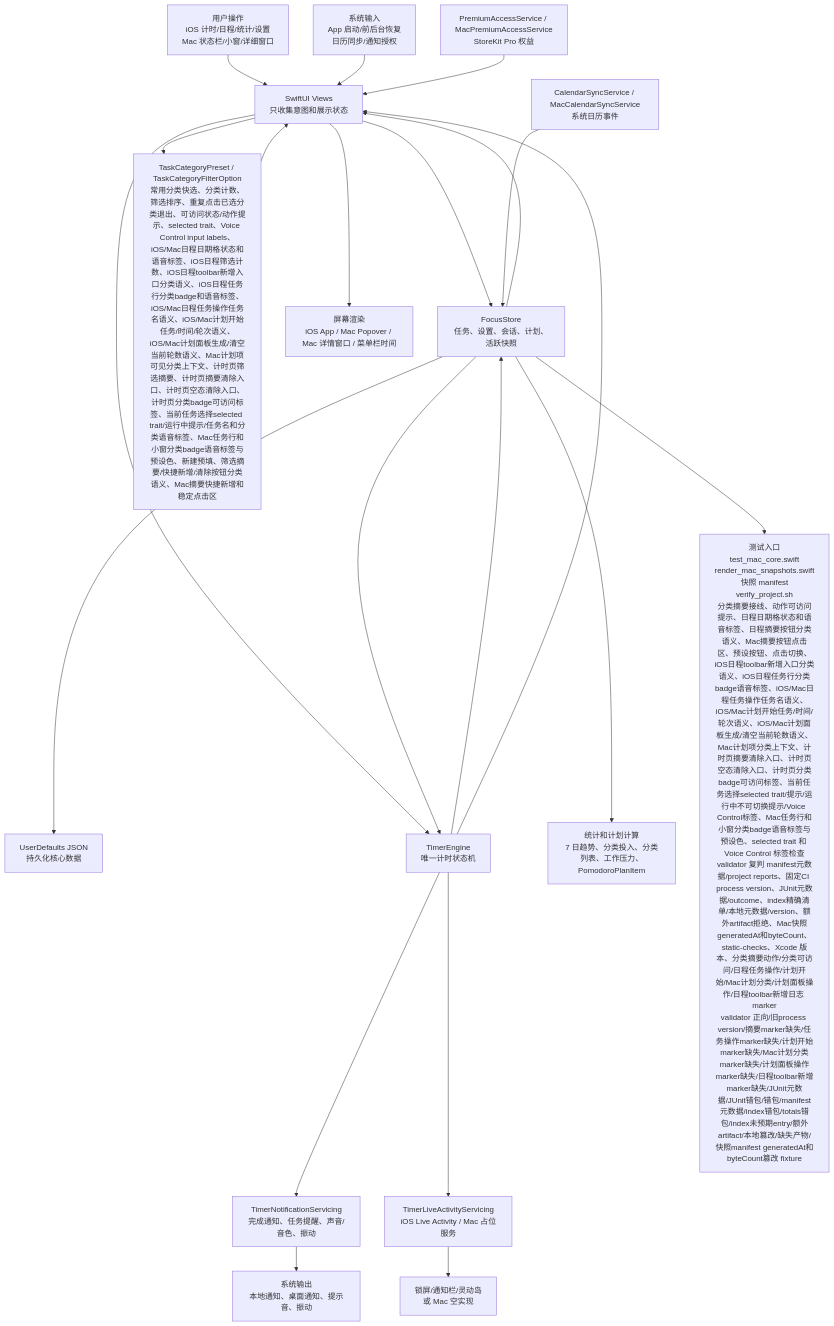
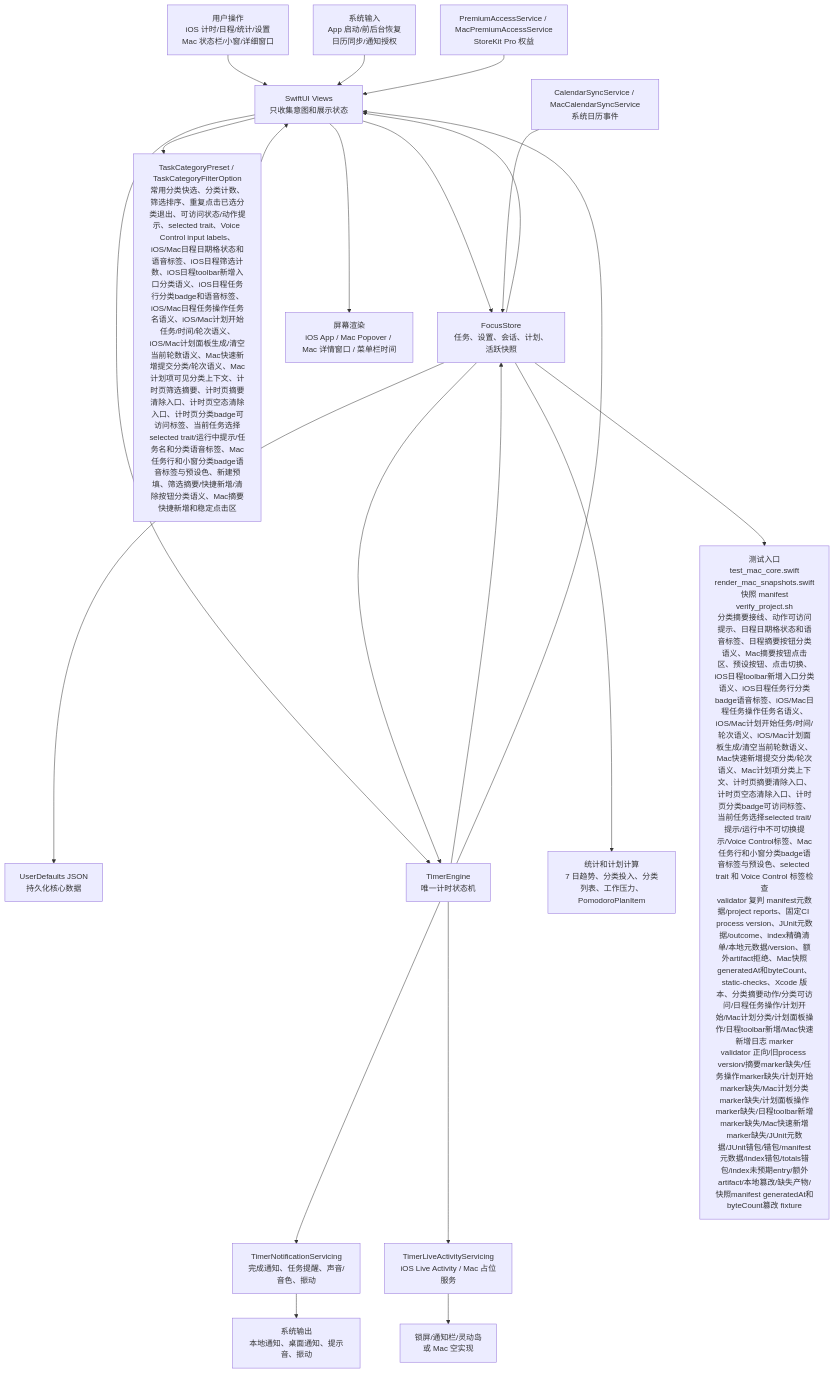
One commit to Altman-sam114/114 changed the first of 6 diagrams in md/flow/flowchart.md. Above: the diagram before and after it, drawn with Mermaid. The commit also changed other lines of this file and 8 other files, not shown here.

````diff
--- a/md/flow/flowchart.md
+++ b/md/flow/flowchart.md
@@ -9,23 +9,23 @@
 ```mermaid
 flowchart TD
   U["用户操作<br/>iOS 计时/日程/统计/设置<br/>Mac 状态栏/小窗/详细窗口"] --> V["SwiftUI Views<br/>只收集意图和展示状态"]
   SYS["系统输入<br/>App 启动/前后台恢复<br/>日历同步/通知授权"] --> V
   V --> S["FocusStore<br/>任务、设置、会话、计划、活跃快照"]
-  V --> CAT["TaskCategoryPreset / TaskCategoryFilterOption<br/>常用分类快选、分类计数、筛选排序、重复点击已选分类退出、可访问状态/动作提示、selected trait、Voice Control input labels、iOS/Mac日程日期格状态和语音标签、iOS日程筛选计数、iOS日程toolbar新增入口分类语义、iOS日程任务行分类badge和语音标签、iOS/Mac日程任务操作任务名语义、iOS/Mac计划开始任务/时间/轮次语义、iOS/Mac计划面板生成/清空当前轮数语义、Mac计划项可见分类上下文、计时页筛选摘要、计时页摘要清除入口、计时页空态清除入口、计时页分类badge可访问标签、当前任务选择selected trait/运行中提示/任务名和分类语音标签、Mac任务行和小窗分类badge语音标签与预设色、新建预填、筛选摘要/快捷新增/清除按钮分类语义、Mac摘要快捷新增和稳定点击区"]
+  V --> CAT["TaskCategoryPreset / TaskCategoryFilterOption<br/>常用分类快选、分类计数、筛选排序、重复点击已选分类退出、可访问状态/动作提示、selected trait、Voice Control input labels、iOS/Mac日程日期格状态和语音标签、iOS日程筛选计数、iOS日程toolbar新增入口分类语义、iOS日程任务行分类badge和语音标签、iOS/Mac日程任务操作任务名语义、iOS/Mac计划开始任务/时间/轮次语义、iOS/Mac计划面板生成/清空当前轮数语义、Mac快速新增提交分类/轮次语义、Mac计划项可见分类上下文、计时页筛选摘要、计时页摘要清除入口、计时页空态清除入口、计时页分类badge可访问标签、当前任务选择selected trait/运行中提示/任务名和分类语音标签、Mac任务行和小窗分类badge语音标签与预设色、新建预填、筛选摘要/快捷新增/清除按钮分类语义、Mac摘要快捷新增和稳定点击区"]
   CAT --> V
   S --> P["UserDefaults JSON<br/>持久化核心数据"]
   V --> E["TimerEngine<br/>唯一计时状态机"]
   S --> E
   E --> S
   E --> N["TimerNotificationServicing<br/>完成通知、任务提醒、声音/音色、振动"]
   E --> L["TimerLiveActivityServicing<br/>iOS Live Activity / Mac 占位服务"]
   S --> C["统计和计划计算<br/>7 日趋势、分类投入、分类列表、工作压力、PomodoroPlanItem"]
   CAL["CalendarSyncService / MacCalendarSyncService<br/>系统日历事件"] --> S
   PRO["PremiumAccessService / MacPremiumAccessService<br/>StoreKit Pro 权益"] --> V
   S --> V
   E --> V
   V --> OUT["屏幕渲染<br/>iOS App / Mac Popover / Mac 详情窗口 / 菜单栏时间"]
   N --> OUT2["系统输出<br/>本地通知、桌面通知、提示音、振动"]
   L --> OUT3["锁屏/通知栏/灵动岛<br/>或 Mac 空实现"]
-  S --> T["测试入口<br/>test_mac_core.swift<br/>render_mac_snapshots.swift<br/>快照 manifest<br/>verify_project.sh<br/>分类摘要接线、动作可访问提示、日程日期格状态和语音标签、日程摘要按钮分类语义、Mac摘要按钮点击区、预设按钮、点击切换、iOS日程toolbar新增入口分类语义、iOS日程任务行分类badge语音标签、iOS/Mac日程任务操作任务名语义、iOS/Mac计划开始任务/时间/轮次语义、iOS/Mac计划面板生成/清空当前轮数语义、Mac计划项分类上下文、计时页摘要清除入口、计时页空态清除入口、计时页分类badge可访问标签、当前任务选择selected trait/提示/运行中不可切换提示/Voice Control标签、Mac任务行和小窗分类badge语音标签与预设色、selected trait 和 Voice Control 标签检查<br/>validator 复判 manifest元数据/project reports、固定CI process version、JUnit元数据/outcome、index精确清单/本地元数据/version、额外artifact拒绝、Mac快照generatedAt和byteCount、static-checks、Xcode 版本、分类摘要动作/分类可访问/日程任务操作/计划开始/Mac计划分类/计划面板操作/日程toolbar新增日志 marker<br/>validator 正向/旧process version/摘要marker缺失/任务操作marker缺失/计划开始marker缺失/Mac计划分类marker缺失/计划面板操作marker缺失/日程toolbar新增marker缺失/JUnit元数据/JUnit错包/错包/manifest元数据/index错包/totals错包/index未预期entry/额外artifact/本地篡改/缺失产物/快照manifest generatedAt和byteCount篡改 fixture"]
+  S --> T["测试入口<br/>test_mac_core.swift<br/>render_mac_snapshots.swift<br/>快照 manifest<br/>verify_project.sh<br/>分类摘要接线、动作可访问提示、日程日期格状态和语音标签、日程摘要按钮分类语义、Mac摘要按钮点击区、预设按钮、点击切换、iOS日程toolbar新增入口分类语义、iOS日程任务行分类badge语音标签、iOS/Mac日程任务操作任务名语义、iOS/Mac计划开始任务/时间/轮次语义、iOS/Mac计划面板生成/清空当前轮数语义、Mac快速新增提交分类/轮次语义、Mac计划项分类上下文、计时页摘要清除入口、计时页空态清除入口、计时页分类badge可访问标签、当前任务选择selected trait/提示/运行中不可切换提示/Voice Control标签、Mac任务行和小窗分类badge语音标签与预设色、selected trait 和 Voice Control 标签检查<br/>validator 复判 manifest元数据/project reports、固定CI process version、JUnit元数据/outcome、index精确清单/本地元数据/version、额外artifact拒绝、Mac快照generatedAt和byteCount、static-checks、Xcode 版本、分类摘要动作/分类可访问/日程任务操作/计划开始/Mac计划分类/计划面板操作/日程toolbar新增/Mac快速新增日志 marker<br/>validator 正向/旧process version/摘要marker缺失/任务操作marker缺失/计划开始marker缺失/Mac计划分类marker缺失/计划面板操作marker缺失/日程toolbar新增marker缺失/Mac快速新增marker缺失/JUnit元数据/JUnit错包/错包/manifest元数据/index错包/totals错包/index未预期entry/额外artifact/本地篡改/缺失产物/快照manifest generatedAt和byteCount篡改 fixture"]
 ```
````
